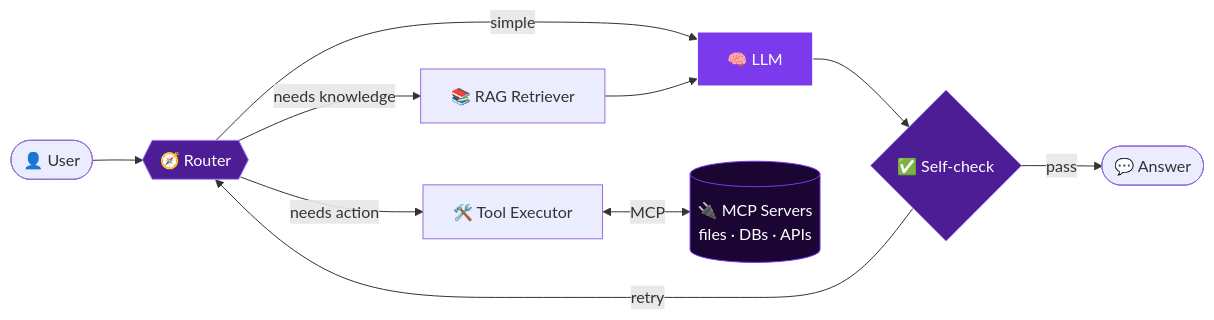
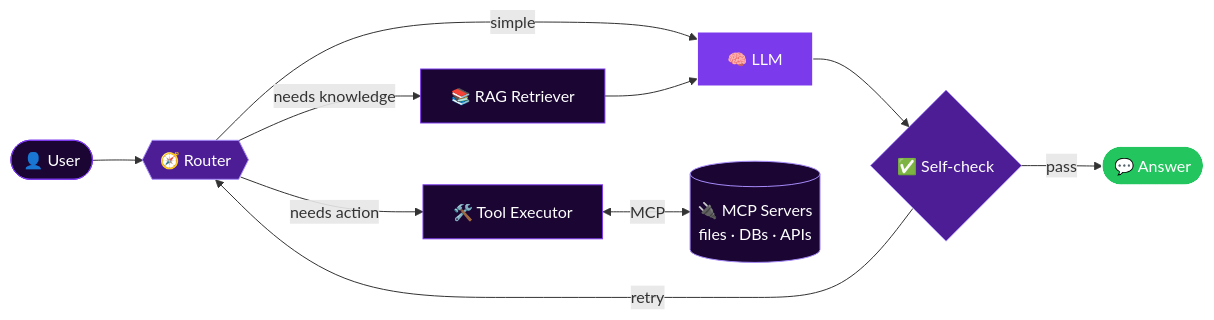
Before and after one commit to YashPratapRai/YashPratapRai: the first of 2 diagrams in README.md, drawn with Mermaid. The commit also changed other lines of this file, not shown here.

````diff
--- a/README.md
+++ b/README.md
@@ -70,17 +100,21 @@
 ```mermaid
 flowchart LR
     U([👤 User]) --> R{{🧭 Router}}
     R -->|needs knowledge| RAG[📚 RAG Retriever]
     R -->|needs action| T[🛠️ Tool Executor]
     R -->|simple| L[🧠 LLM]
     RAG --> L
     T <-->|MCP| M[(🔌 MCP Servers<br/>files · DBs · APIs)]
     L --> C{✅ Self-check}
     C -->|retry| R
     C -->|pass| A([💬 Answer])
 
+    style U fill:#1a0533,stroke:#7C3AED,color:#fff
     style R fill:#4c1d95,stroke:#A78BFA,color:#fff
-    style M fill:#1a0533,stroke:#7C3AED,color:#fff
+    style RAG fill:#1a0533,stroke:#7C3AED,color:#fff
+    style T fill:#1a0533,stroke:#7C3AED,color:#fff
+    style M fill:#1a0533,stroke:#A78BFA,color:#fff
     style L fill:#7C3AED,stroke:#fff,color:#fff
     style C fill:#4c1d95,stroke:#A78BFA,color:#fff
+    style A fill:#22c55e,stroke:#fff,color:#fff
 ```
````
